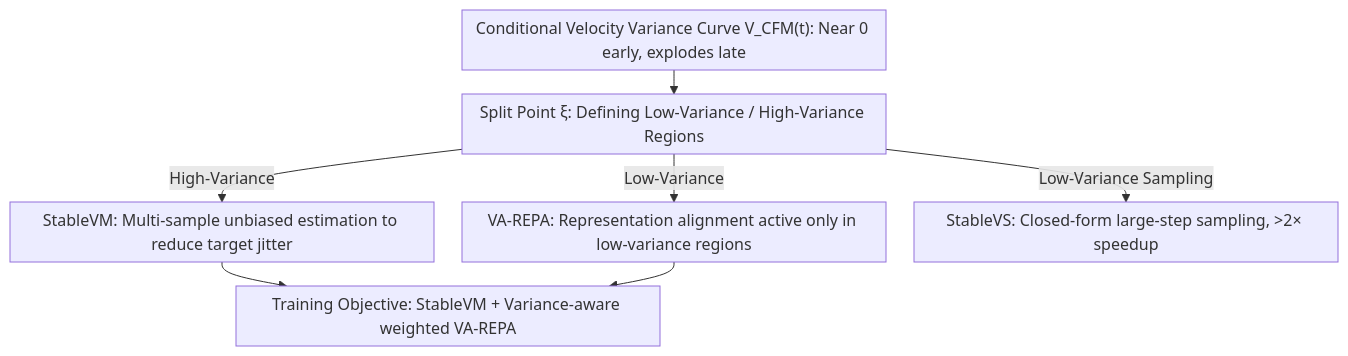
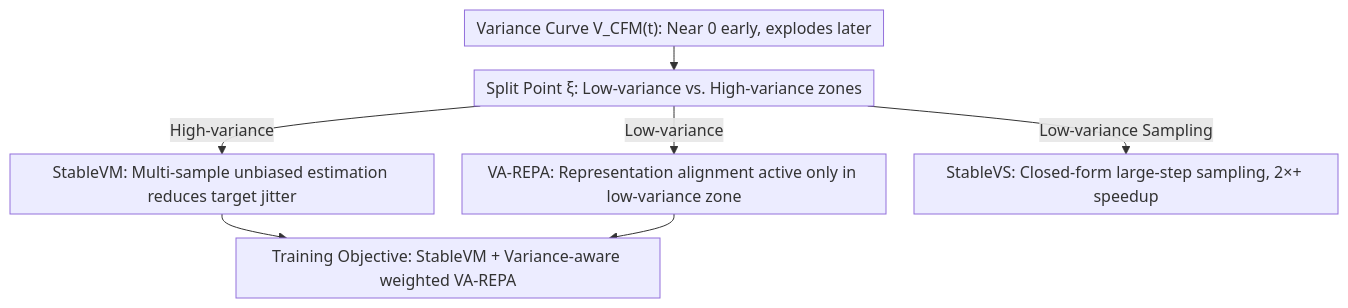
The diagram in docs/ICML2026/image_generation/stable_velocity_a_variance_perspective_on_flow_matching.md (zhaoyang97/Paper-Notes-en), drawn with Mermaid before and after one commit. The commit also changed other lines of this file and 5084 other files, not shown here.

````diff
--- a/docs/ICML2026/image_generation/stable_velocity_a_variance_perspective_on_flow_matching.md
+++ b/docs/ICML2026/image_generation/stable_velocity_a_variance_perspective_on_flow_matching.md
@@ -43,10 +43,10 @@
 ```mermaid
 %%{init: {'flowchart': {'rankSpacing': 24, 'nodeSpacing': 28, 'padding': 6, 'wrappingWidth': 400}}}%%
 flowchart TD
-    A["Conditional Velocity Variance Curve V_CFM(t): Near 0 early, explodes late"] --> B["Split Point ξ: Defining Low-Variance / High-Variance Regions"]
-    B -->|High-Variance| C["StableVM: Multi-sample unbiased estimation to reduce target jitter"]
-    B -->|Low-Variance| D["VA-REPA: Representation alignment active only in low-variance regions"]
-    B -->|Low-Variance Sampling| E["StableVS: Closed-form large-step sampling, >2× speedup"]
+    A["Variance Curve V_CFM(t): Near 0 early, explodes later"] --> B["Split Point ξ: Low-variance vs. High-variance zones"]
+    B -->|High-variance| C["StableVM: Multi-sample unbiased estimation reduces target jitter"]
+    B -->|Low-variance| D["VA-REPA: Representation alignment active only in low-variance zone"]
+    B -->|Low-variance Sampling| E["StableVS: Closed-form large-step sampling, 2×+ speedup"]
     C --> F["Training Objective: StableVM + Variance-aware weighted VA-REPA"]
     D --> F
 ```
````
